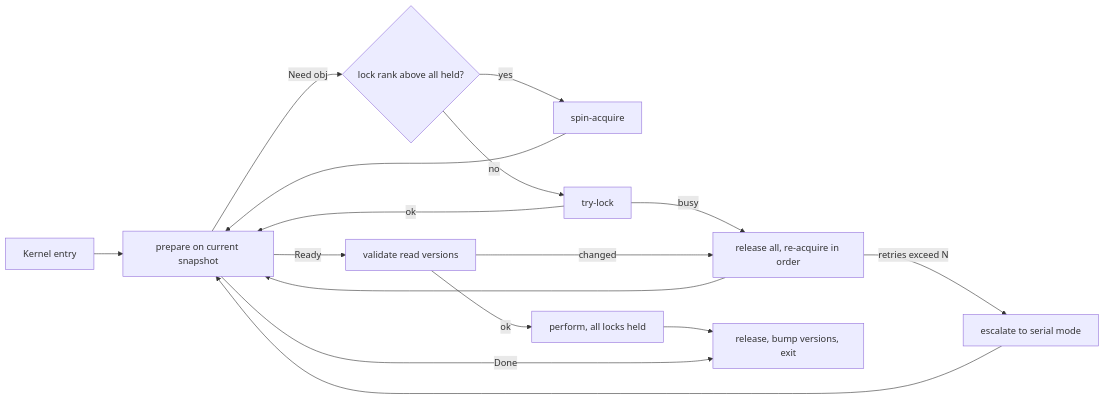
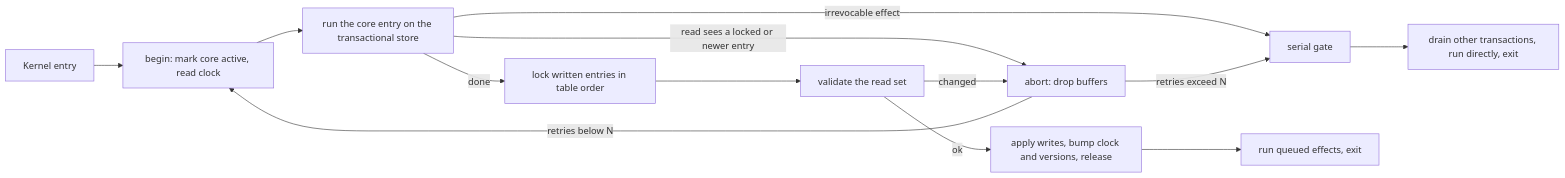
One commit to CommaBot/FL4 changed the diagram in DESIGN.md. Above: the diagram before and after it, drawn with Mermaid. The commit also changed other lines of this file, not shown here.

First line of the commit message:
DESIGN.md draft 9: fine-grained locking as a transactional store

````diff
--- a/DESIGN.md
+++ b/DESIGN.md
@@ -277,15 +271,15 @@
 ``` mermaid
 flowchart LR
-  E[Kernel entry] --> P[prepare on current snapshot]
-  P -->|Need obj| L{lock rank above all held?}
-  L -->|yes| A[spin-acquire] --> P
-  L -->|no| T[try-lock]
-  T -->|ok| P
-  T -->|busy| R[release all, re-acquire in order] --> P
-  P -->|Ready| V[validate read versions]
-  V -->|changed| R
-  V -->|ok| W[perform, all locks held]
-  W --> X[release, bump versions, exit]
-  P -->|Done| X
-  R -->|retries exceed N| S[escalate to serial mode] --> P
+  E[Kernel entry] --> B[begin: mark core active, read clock]
+  B --> R[run the core entry on the transactional store]
+  R -->|read sees a locked or newer entry| A[abort: drop buffers]
+  R -->|irrevocable effect| S[serial gate]
+  R -->|done| C[lock written entries in table order]
+  C --> V[validate the read set]
+  V -->|changed| A
+  V -->|ok| W[apply writes, bump clock and versions, release]
+  W --> F[run queued effects, exit]
+  A -->|retries below N| B
+  A -->|retries exceed N| S
+  S --> D[drain other transactions, run directly, exit]
 ```
````
